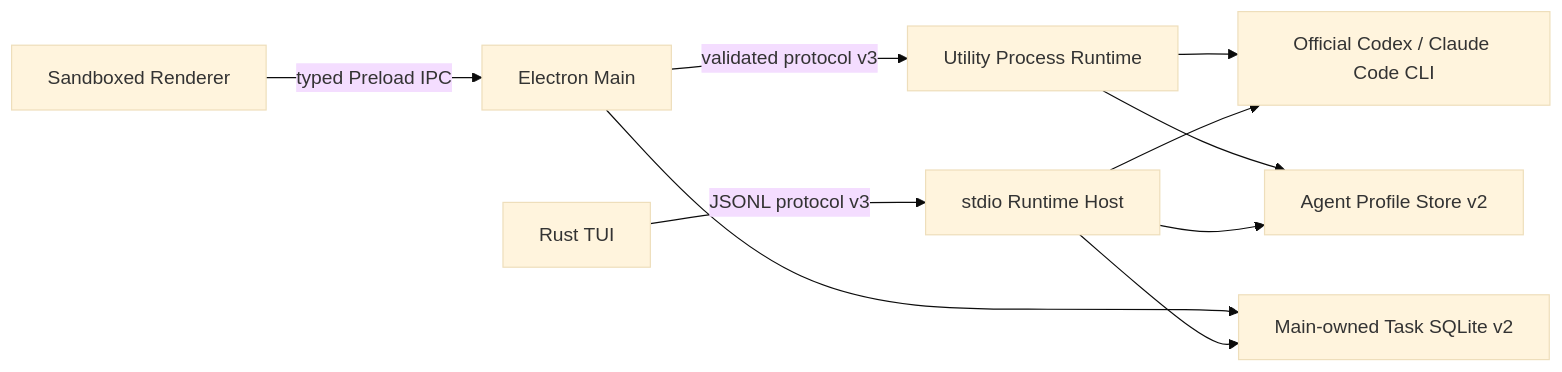
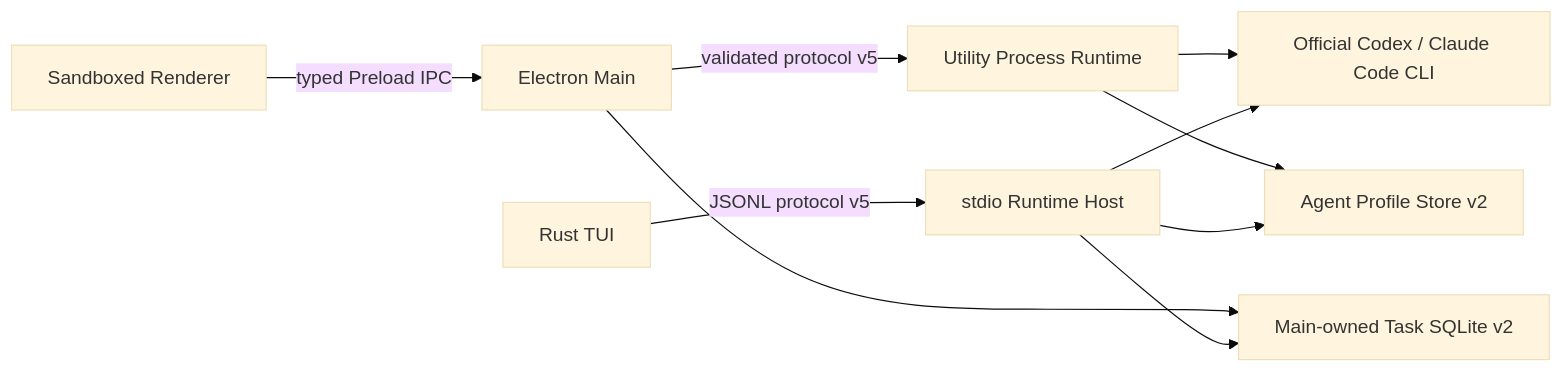
One commit to spencer17x/rux changed the diagram in docs/desktop-architecture.md. Above: the diagram before and after it, drawn with Mermaid (base theme). The commit also changed other lines of this file and 46 other files, not shown here.

````diff
--- a/docs/desktop-architecture.md
+++ b/docs/desktop-architecture.md
@@ -10,12 +10,12 @@
 ```mermaid
 flowchart LR
   UI["Sandboxed Renderer"] -->|"typed Preload IPC"| Main["Electron Main"]
-  Main -->|"validated protocol v3"| Runtime["Utility Process Runtime"]
-  TUI["Rust TUI"] -->|"JSONL protocol v3"| Host["stdio Runtime Host"]
+  Main -->|"validated protocol v5"| Runtime["Utility Process Runtime"]
+  TUI["Rust TUI"] -->|"JSONL protocol v5"| Host["stdio Runtime Host"]
   Runtime --> CLI["Official Codex / Claude Code CLI"]
   Host --> CLI
   Main --> Tasks["Main-owned Task SQLite v2"]
   Runtime --> Profiles["Agent Profile Store v2"]
   Host --> Profiles
   Host --> Tasks
 ```
````
